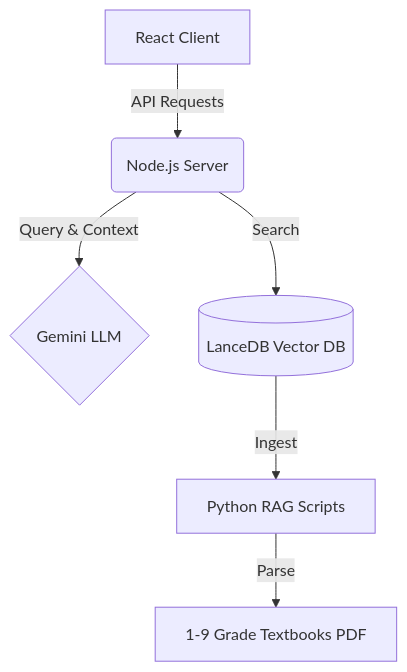
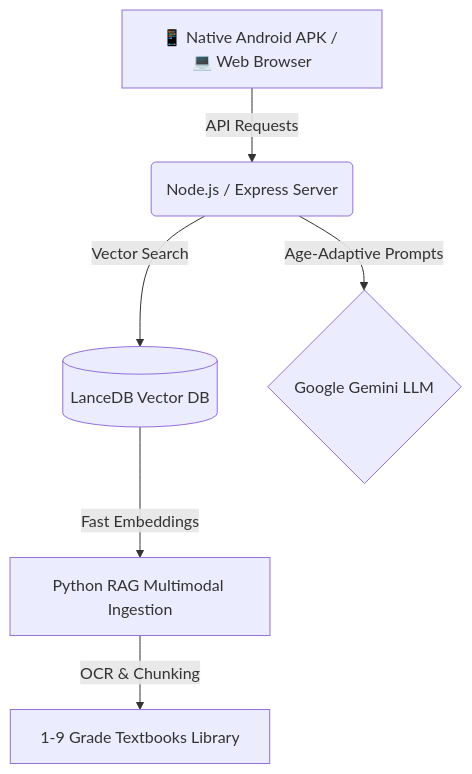
One commit to Zenglian990/AI_Tutor_Release changed the diagram in README_en.md. Above: the diagram before and after it, drawn with Mermaid. The commit also changed other lines of this file and 8 other files, not shown here.

````diff
--- a/README_en.md
+++ b/README_en.md
@@ -56,8 +99,8 @@
 ```mermaid
 graph TD
-    A[React Client] -->|API Requests| B(Node.js Server)
-    B -->|Query & Context| C{Gemini LLM}
-    B -->|Search| D[(LanceDB Vector DB)]
-    D -->|Ingest| E[Python RAG Scripts]
-    E -->|Parse| F[1-9 Grade Textbooks PDF]
+    UserApp[📱 Native Android APK / 💻 Web Browser] -->|API Requests| Server(Node.js / Express Server)
+    Server -->|Vector Search| LanceDB[(LanceDB Vector DB)]
+    Server -->|Age-Adaptive Prompts| Gemini{Google Gemini LLM}
+    LanceDB -->|Fast Embeddings| PythonRAG[Python RAG Multimodal Ingestion]
+    PythonRAG -->|OCR & Chunking| Textbooks[1-9 Grade Textbooks Library]
 ```
````
